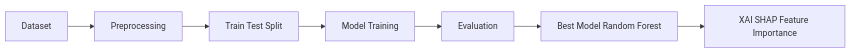
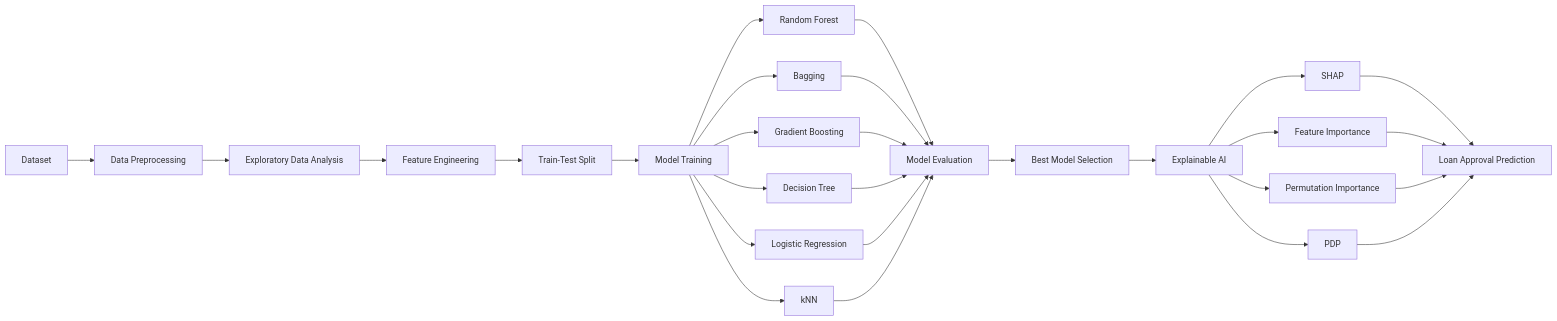
Before and after one commit to oshitha191/LoanApprovalAnalytics: the diagram in README.md, drawn with Mermaid. The commit also changed other lines of this file, not shown here.

````diff
--- a/README.md
+++ b/README.md
@@ -53,9 +7,34 @@
 ```mermaid
 flowchart LR
-A[Dataset] --> B[Preprocessing]
-B --> C[Train Test Split]
-C --> D[Model Training]
-D --> E[Evaluation]
-E --> F[Best Model Random Forest]
-F --> G[XAI SHAP Feature Importance]
+    A[Dataset] --> B[Data Preprocessing]
+    B --> C[Exploratory Data Analysis]
+    C --> D[Feature Engineering]
+    D --> E[Train-Test Split]
+
+    E --> F[Model Training]
+    F --> G1[Random Forest]
+    F --> G2[Bagging]
+    F --> G3[Gradient Boosting]
+    F --> G4[Decision Tree]
+    F --> G5[Logistic Regression]
+    F --> G6[kNN]
+
+    G1 --> H[Model Evaluation]
+    G2 --> H
+    G3 --> H
+    G4 --> H
+    G5 --> H
+    G6 --> H
+
+    H --> I[Best Model Selection]
+    I --> J[Explainable AI]
+    J --> K1[SHAP]
+    J --> K2[Feature Importance]
+    J --> K3[Permutation Importance]
+    J --> K4[PDP]
+
+    K1 --> L[Loan Approval Prediction]
+    K2 --> L
+    K3 --> L
+    K4 --> L
 ```
````
